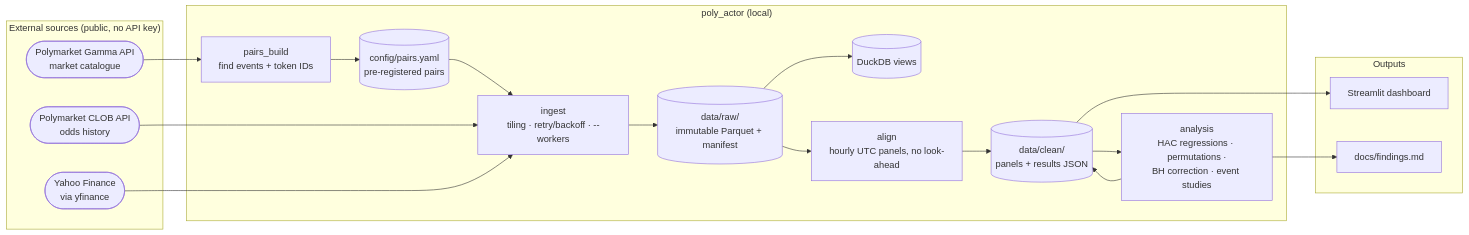
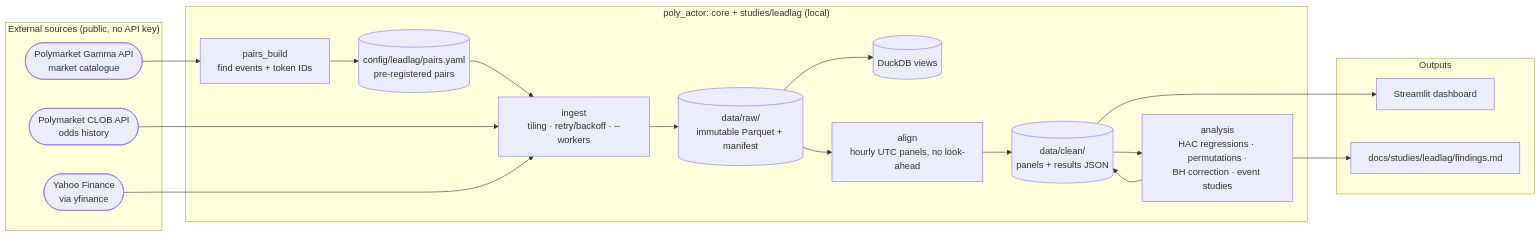
Before and after one commit to zinobili/poly_agentic_detective: the first of 2 diagrams in README.md, drawn with Mermaid. The commit also changed other lines of this file and 352 other files, not shown here.

First line of the commit message:
Restructure for multiple studies: core toolkit, studies/{leadlag,election}, registry, per-study config/docs/tests

````diff
--- a/README.md
+++ b/README.md
@@ -39,32 +47,32 @@
 ```mermaid
 flowchart LR
     subgraph Sources["External sources (public, no API key)"]
         GAMMA(["Polymarket Gamma API<br/>market catalogue"])
         CLOB(["Polymarket CLOB API<br/>odds history"])
         YF(["Yahoo Finance<br/>via yfinance"])
     end
 
-    subgraph Pipeline["poly_actor (local)"]
+    subgraph Pipeline["poly_actor: core + studies/leadlag (local)"]
         PB["pairs_build<br/>find events + token IDs"]
-        PAIRS[("config/pairs.yaml<br/>pre-registered pairs")]
+        PAIRS[("config/leadlag/pairs.yaml<br/>pre-registered pairs")]
         ING["ingest<br/>tiling · retry/backoff · --workers"]
         RAW[("data/raw/<br/>immutable Parquet + manifest")]
         DUCK[("DuckDB views")]
         ALIGN["align<br/>hourly UTC panels, no look-ahead"]
         CLEAN[("data/clean/<br/>panels + results JSON")]
         AN["analysis<br/>HAC regressions · permutations ·<br/>BH correction · event studies"]
     end
 
     subgraph Outputs
         DASH["Streamlit dashboard"]
-        FIND["docs/findings.md"]
+        FIND["docs/studies/leadlag/findings.md"]
     end
 
     GAMMA --> PB --> PAIRS --> ING
     CLOB --> ING
     YF --> ING
     ING --> RAW --> DUCK
     RAW --> ALIGN --> CLEAN --> AN --> CLEAN
     CLEAN --> DASH
     AN --> FIND
 ```
````
